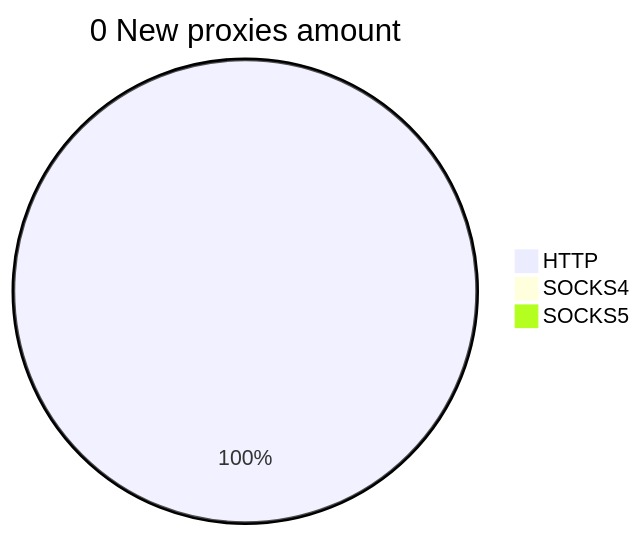
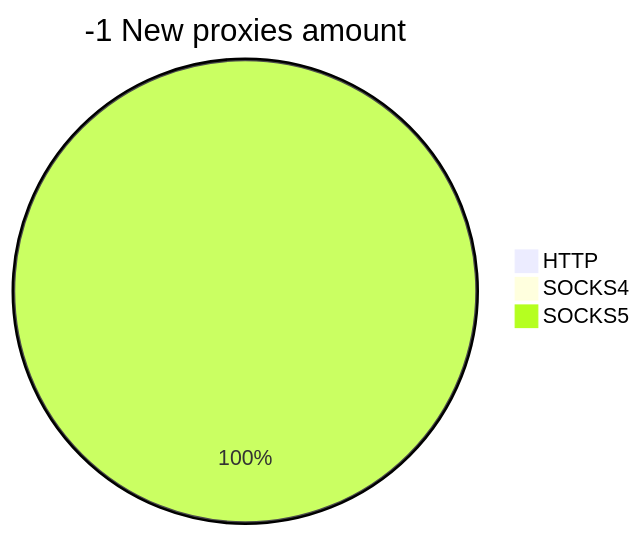
Before and after one commit to cutipu/proxylist: the second of 2 diagrams in README.md, drawn with Mermaid. The commit also changed other lines of this file, not shown here.

````diff
--- a/README.md
+++ b/README.md
@@ -10,6 +10,6 @@
 ```mermaid
-pie title 0 New proxies amount
-    "HTTP" : 1
+pie title -1 New proxies amount
+    "HTTP" : 0
     "SOCKS4" : 0
-    "SOCKS5" : 0
+    "SOCKS5" : 1
 ```
````
